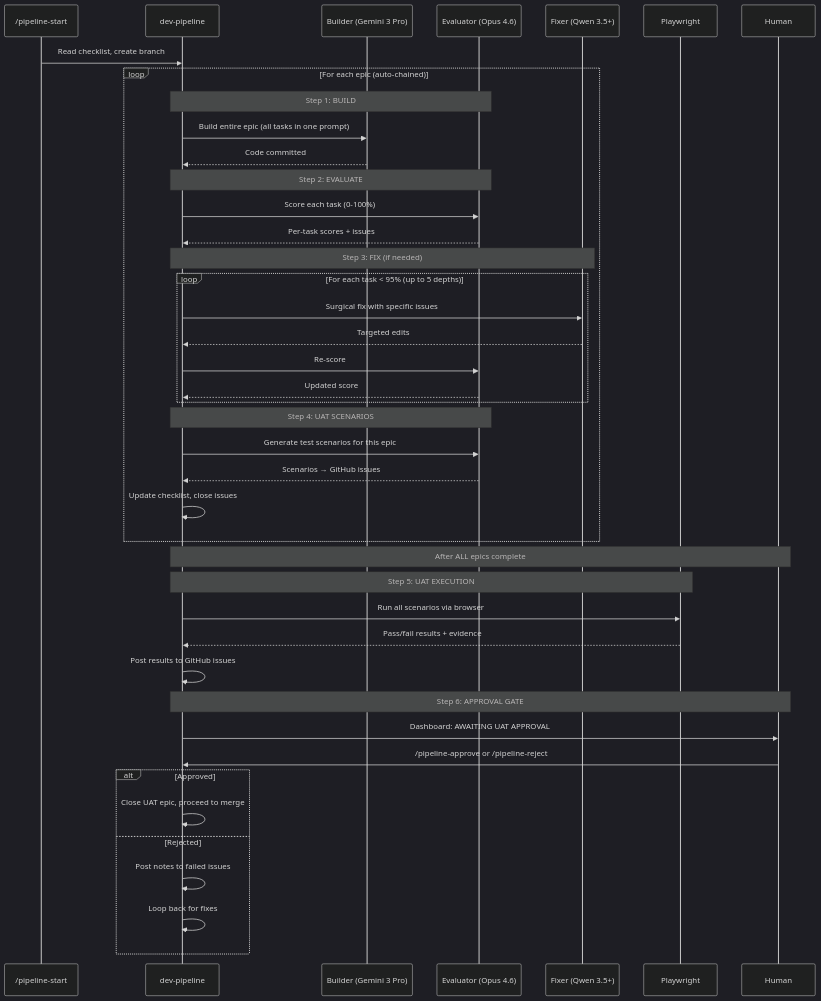
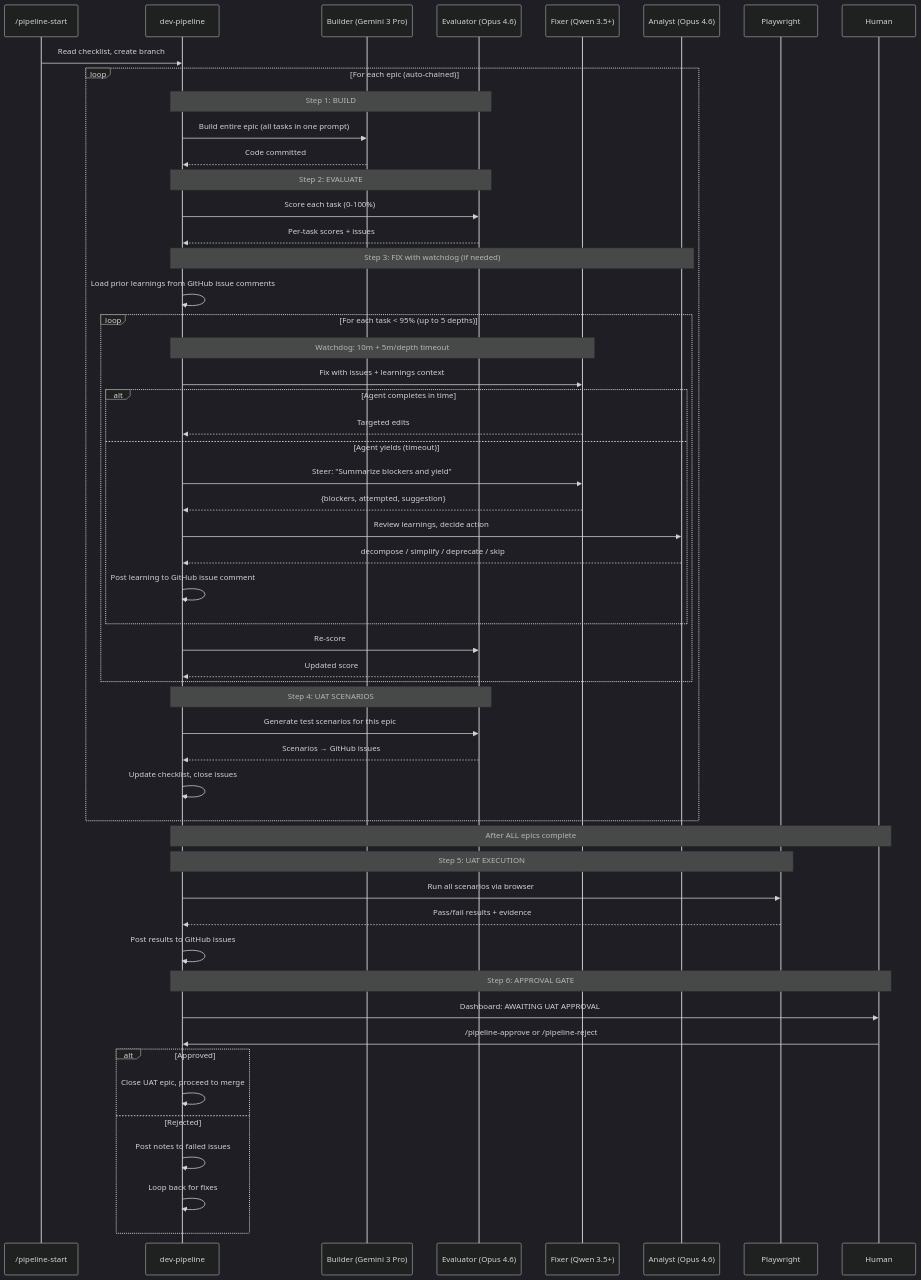
Before and after one commit to Holovkat/pi-extensions: the sixth of 9 diagrams in README.md, drawn with Mermaid (dark theme). The commit also changed other lines of this file and 1 other file, not shown here.

````diff
--- a/README.md
+++ b/README.md
@@ -282,53 +296,64 @@
 ```mermaid
 sequenceDiagram
     participant CMD as /pipeline-start
     participant EXT as dev-pipeline
     participant BUILD as Builder (Gemini 3 Pro)
     participant EVAL as Evaluator (Opus 4.6)
     participant FIX as Fixer (Qwen 3.5+)
+    participant ANA as Analyst (Opus 4.6)
     participant PW as Playwright
     participant USER as Human
 
     CMD->>EXT: Read checklist, create branch
 
     loop For each epic (auto-chained)
         Note over EXT,EVAL: Step 1: BUILD
         EXT->>BUILD: Build entire epic (all tasks in one prompt)
         BUILD-->>EXT: Code committed
 
         Note over EXT,EVAL: Step 2: EVALUATE
         EXT->>EVAL: Score each task (0-100%)
         EVAL-->>EXT: Per-task scores + issues
 
-        Note over EXT,FIX: Step 3: FIX (if needed)
+        Note over EXT,ANA: Step 3: FIX with watchdog (if needed)
+        EXT->>EXT: Load prior learnings from GitHub issue comments
         loop For each task < 95% (up to 5 depths)
-            EXT->>FIX: Surgical fix with specific issues
-            FIX-->>EXT: Targeted edits
+            Note over EXT,FIX: Watchdog: 10m + 5m/depth timeout
+            EXT->>FIX: Fix with issues + learnings context
+            alt Agent completes in time
+                FIX-->>EXT: Targeted edits
+            else Agent yields (timeout)
+                EXT->>FIX: Steer: "Summarize blockers and yield"
+                FIX-->>EXT: {blockers, attempted, suggestion}
+                EXT->>ANA: Review learnings, decide action
+                ANA-->>EXT: decompose / simplify / deprecate / skip
+                EXT->>EXT: Post learning to GitHub issue comment
+            end
             EXT->>EVAL: Re-score
             EVAL-->>EXT: Updated score
         end
 
         Note over EXT,EVAL: Step 4: UAT SCENARIOS
         EXT->>EVAL: Generate test scenarios for this epic
         EVAL-->>EXT: Scenarios → GitHub issues
 
         EXT->>EXT: Update checklist, close issues
     end
 
     Note over EXT,USER: After ALL epics complete
 
     Note over EXT,PW: Step 5: UAT EXECUTION
     EXT->>PW: Run all scenarios via browser
     PW-->>EXT: Pass/fail results + evidence
     EXT->>EXT: Post results to GitHub issues
 
     Note over EXT,USER: Step 6: APPROVAL GATE
     EXT->>USER: Dashboard: AWAITING UAT APPROVAL
     USER->>EXT: /pipeline-approve or /pipeline-reject
     alt Approved
         EXT->>EXT: Close UAT epic, proceed to merge
     else Rejected
         EXT->>EXT: Post notes to failed issues
         EXT->>EXT: Loop back for fixes
     end
 ```
````
